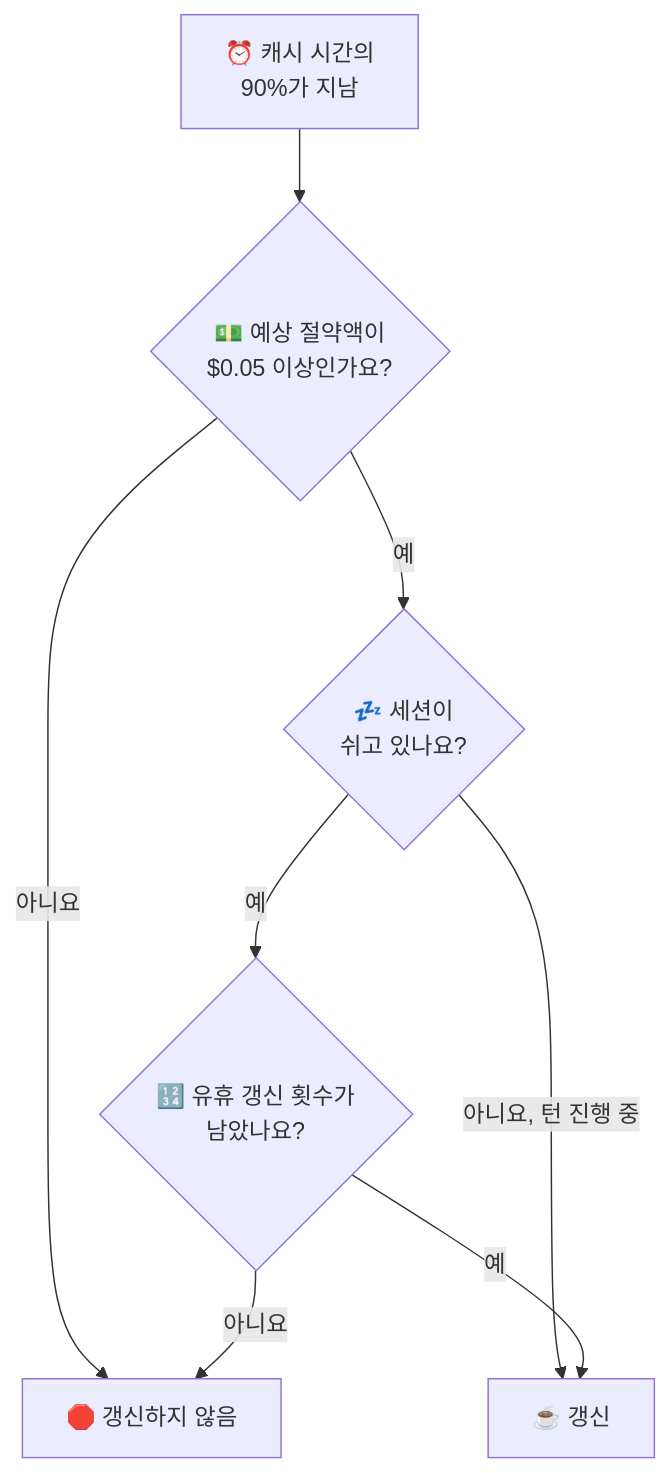
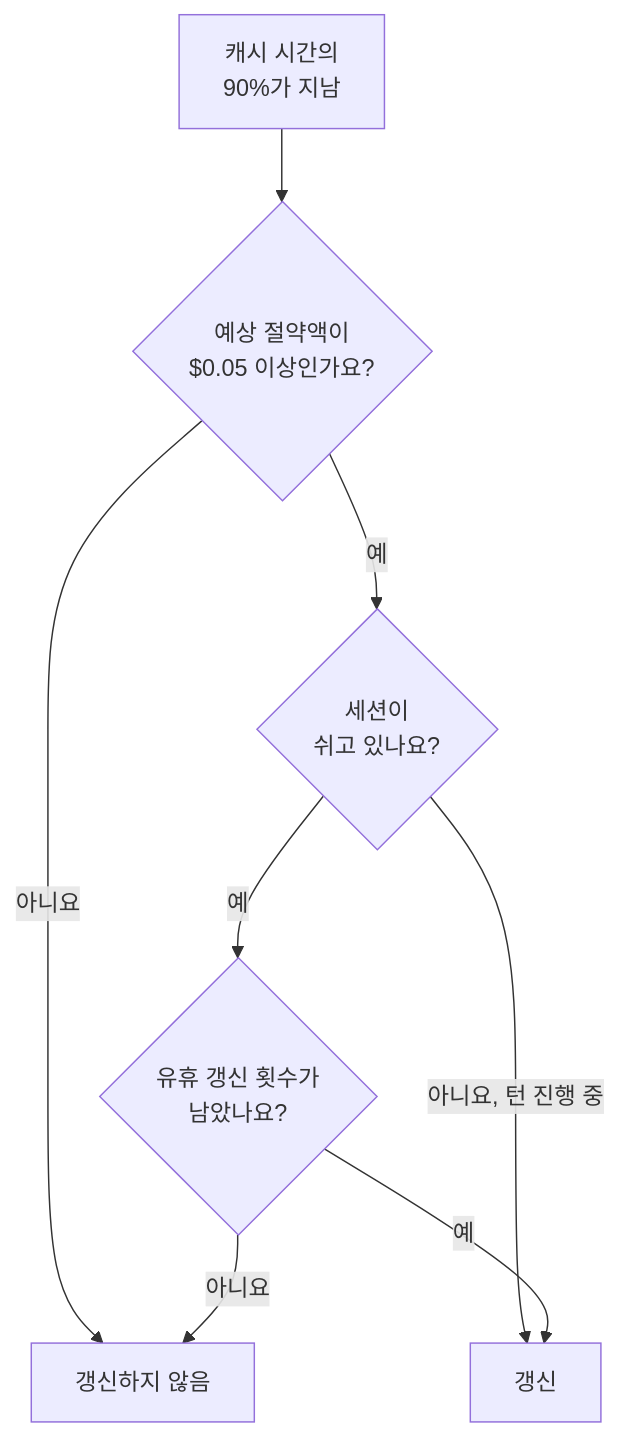
The second of 2 diagrams in README.ko.md (paulbkim-dev/claude-code-cache-warmer), drawn with Mermaid before and after one commit. The commit also changed other lines of this file and 2 other files, not shown here.

````diff
--- a/README.ko.md
+++ b/README.ko.md
@@ -154,10 +108,10 @@
 ```mermaid
 flowchart TD
-    due["⏰ 캐시 시간의<br/>90%가 지남"] --> rule{"💵 예상 절약액이<br/>$0.05 이상인가요?"}
-    rule -- 아니요 --> skip["🛑 갱신하지 않음"]
-    rule -- 예 --> idle{"💤 세션이<br/>쉬고 있나요?"}
-    idle -- "아니요, 턴 진행 중" --> send["☕ 갱신"]
-    idle -- 예 --> left{"🔢 유휴 갱신 횟수가<br/>남았나요?"}
+    due["캐시 시간의<br/>90%가 지남"] --> rule{"예상 절약액이<br/>$0.05 이상인가요?"}
+    rule -- 아니요 --> skip["갱신하지 않음"]
+    rule -- 예 --> idle{"세션이<br/>쉬고 있나요?"}
+    idle -- "아니요, 턴 진행 중" --> send["갱신"]
+    idle -- 예 --> left{"유휴 갱신 횟수가<br/>남았나요?"}
     left -- 예 --> send
     left -- 아니요 --> skip
 ```
````
